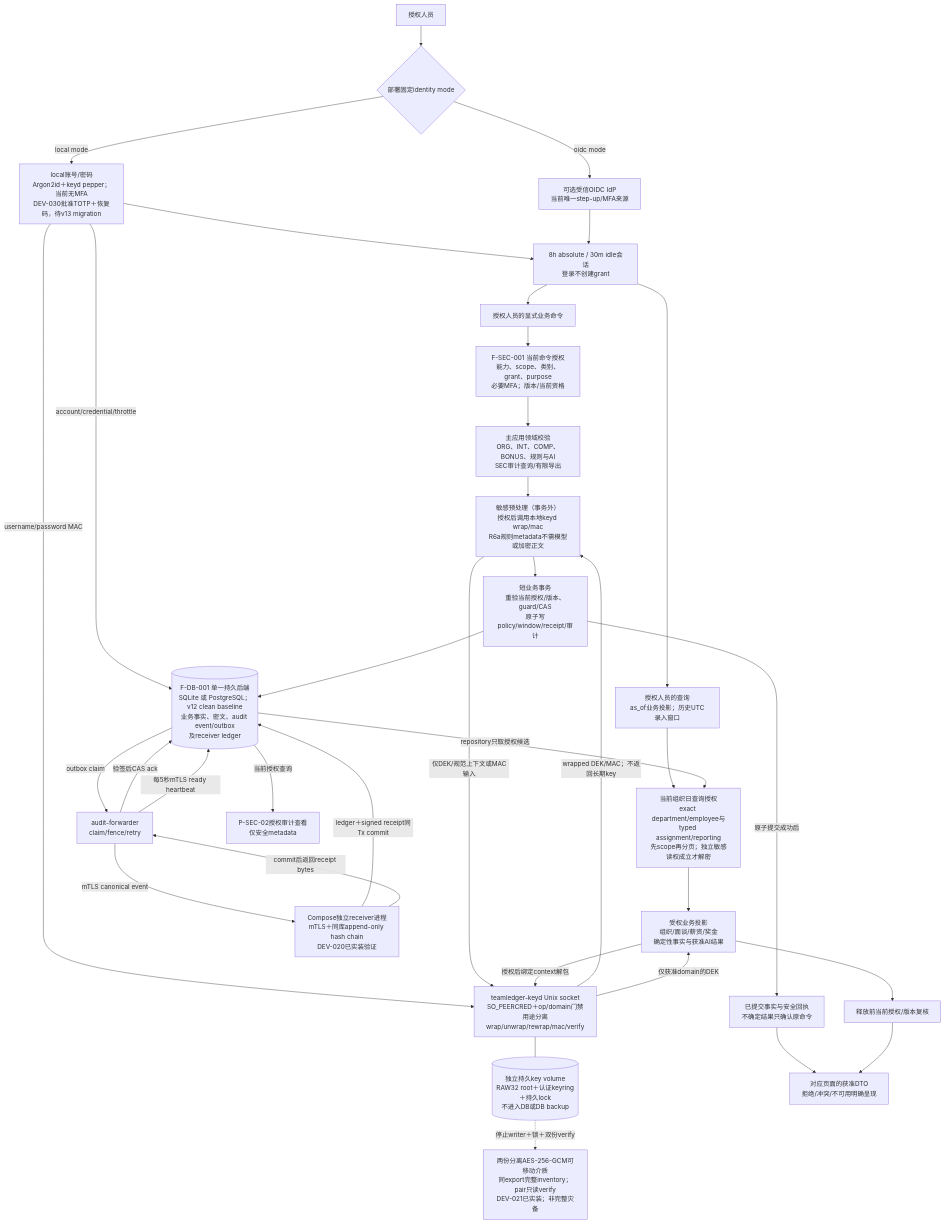
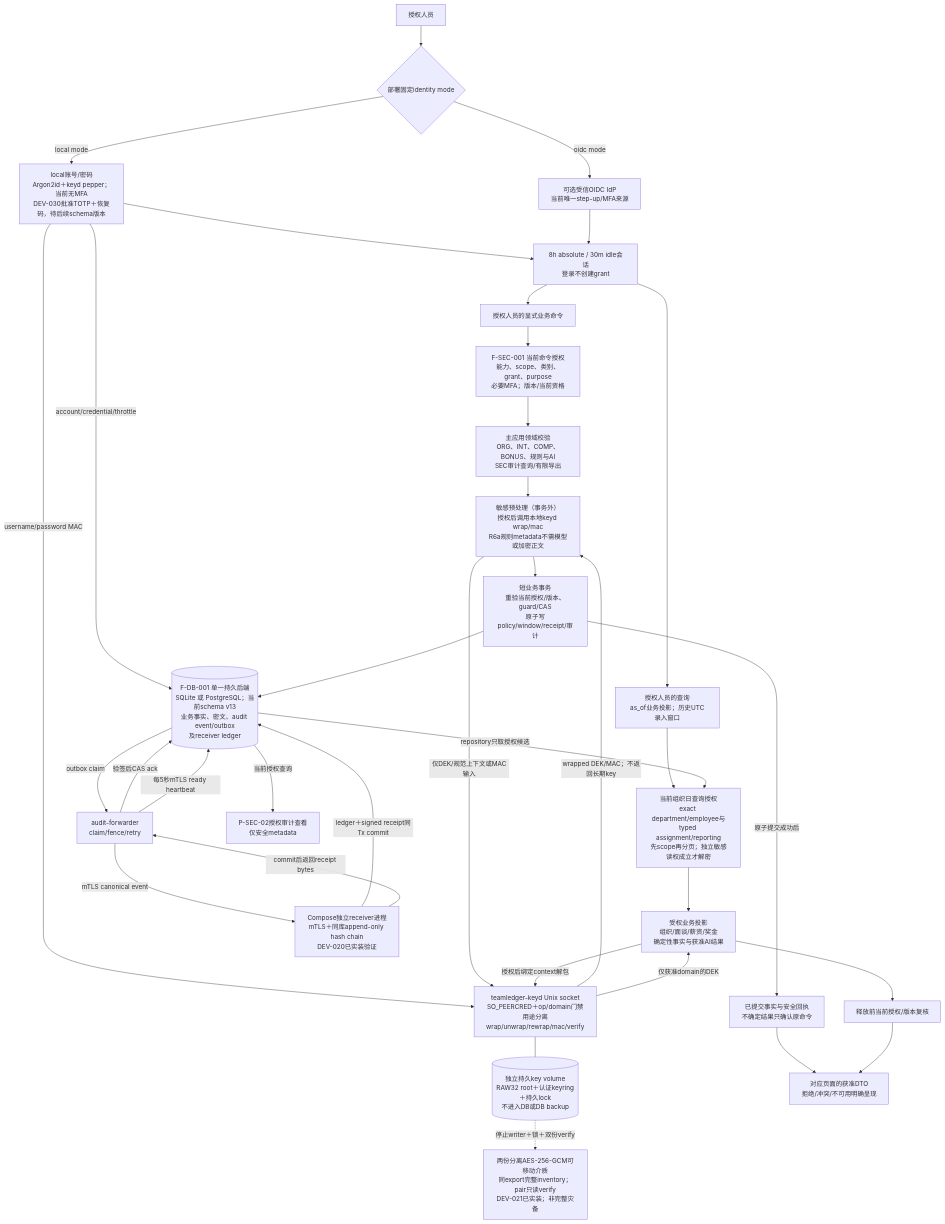
Before and after one commit to r404r/team-ledger-pub: the second of 13 diagrams in docs/FUNCTIONAL_SPEC.md, drawn with Mermaid. The commit also changed other lines of this file and 6 other files, not shown here.

````diff
--- a/docs/FUNCTIONAL_SPEC.md
+++ b/docs/FUNCTIONAL_SPEC.md
@@ -53,52 +53,52 @@
 ```mermaid
 flowchart TB
     person["授权人员"]
     identity{"部署固定identity mode"}
-    local["local账号/密码<br/>Argon2id＋keyd pepper；当前无MFA<br/>DEV-030批准TOTP＋恢复码，待v13 migration"]
+    local["local账号/密码<br/>Argon2id＋keyd pepper；当前无MFA<br/>DEV-030批准TOTP＋恢复码，待后续schema版本"]
     oidc["可选受信OIDC IdP<br/>当前唯一step-up/MFA来源"]
     session["8h absolute / 30m idle会话<br/>登录不创建grant"]
     command["授权人员的显式业务命令"]
     gate["F-SEC-001 当前命令授权<br/>能力、scope、类别、grant、purpose<br/>必要MFA；版本/当前资格"]
     domain["主应用领域校验<br/>ORG、INT、COMP、BONUS、规则与AI<br/>SEC审计查询/有限导出"]
     prepare["敏感预处理（事务外）<br/>授权后调用本地keyd wrap/mac<br/>R6a规则metadata不需模型或加密正文"]
     keyd["teamledger-keyd Unix socket<br/>SO_PEERCRED＋op/domain门禁<br/>用途分离wrap/unwrap/rewrap/mac/verify"]
     keyfiles[("独立持久key volume<br/>RAW32 root＋认证keyring＋持久lock<br/>不进入DB或DB backup")]
     offline["两份分离AES-256-GCM可移动介质<br/>同export完整inventory；pair只读verify<br/>DEV-021已实装；非完整灾备"]
     tx["短业务事务<br/>重验当前授权/版本、guard/CAS<br/>原子写policy/window/receipt/审计"]
-    store[("F-DB-001 单一持久后端<br/>SQLite 或 PostgreSQL；v12 clean baseline<br/>业务事实、密文、audit event/outbox<br/>及receiver ledger")]
+    store[("F-DB-001 单一持久后端<br/>SQLite 或 PostgreSQL；当前schema v13<br/>业务事实、密文、audit event/outbox<br/>及receiver ledger")]
     receipt["已提交事实与安全回执<br/>不确定结果只确认原命令"]
     query["授权人员的查询<br/>as_of业务投影；历史UTC录入窗口"]
     readgate["当前组织日查询授权<br/>exact department/employee与typed assignment/reporting<br/>先scope再分页；独立敏感读权成立才解密"]
     projection["受权业务投影<br/>组织/面谈/薪资/奖金<br/>确定性事实与获准AI结果"]
     release["释放前当前授权/版本复核"]
     view["对应页面的获准DTO<br/>拒绝/冲突/不可用明确呈现"]
     forwarder["audit-forwarder<br/>claim/fence/retry"]
     receiver["Compose独立receiver进程<br/>mTLS＋同库append-only hash chain<br/>DEV-020已实装验证"]
     audit["P-SEC-02授权审计查看<br/>仅安全metadata"]
 
     person --> identity
     identity -->|"local mode"| local --> session
     identity -->|"oidc mode"| oidc --> session
     local -->|"username/password MAC"| keyd
     local -->|"account/credential/throttle"| store
     session --> command
     session --> query
     command --> gate --> domain --> prepare --> tx --> store
     prepare -->|"仅DEK/规范上下文或MAC输入"| keyd
     keyd -->|"wrapped DEK/MAC；不返回长期key"| prepare
     keyd --- keyfiles
     keyfiles -.->|"停止writer＋锁＋双份verify"| offline
     tx -->|"原子提交成功后"| receipt --> view
     query --> readgate
     store -->|"repository只取授权候选"| readgate
     readgate --> projection --> release --> view
     projection -->|"授权后绑定context解包"| keyd
     keyd -->|"仅获准domain的DEK"| projection
     store -->|"outbox claim"| forwarder
     forwarder -->|"mTLS canonical event"| receiver
     receiver -->|"ledger＋signed receipt同Tx commit"| store
     receiver -->|"commit后返回receipt bytes"| forwarder
     forwarder -->|"验签后CAS ack"| store
     forwarder -->|"每5秒mTLS ready heartbeat"| store
     store -->|"当前授权查询"| audit
 ```
````
